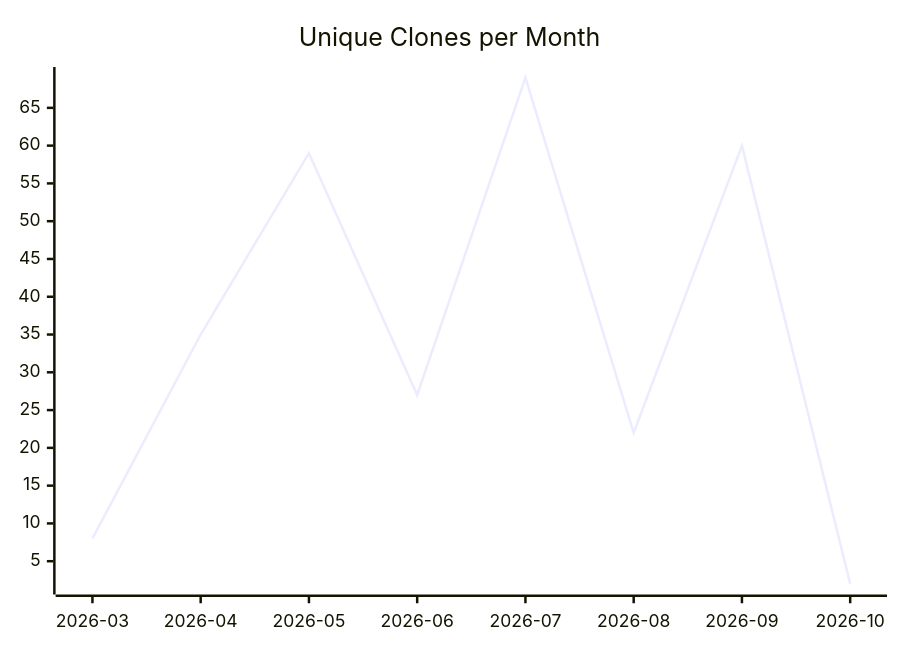
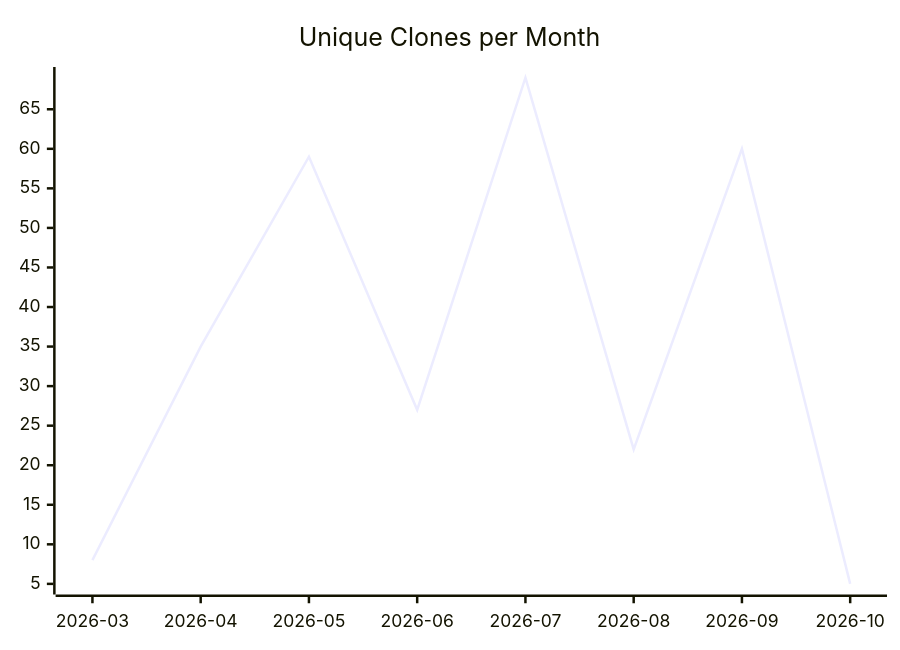
The third of 3 diagrams in karlmdavis/fhir-benchmarks/README.md (justdavis-family/github-analytics-data), drawn with Mermaid before and after one commit. The commit also changed other lines of this file and 203 other files, not shown here.

````diff
--- a/karlmdavis/fhir-benchmarks/README.md
+++ b/karlmdavis/fhir-benchmarks/README.md
@@ -19,6 +19,6 @@
 ```mermaid
 xychart-beta
   title "Unique Clones per Month"
   x-axis ["2026-03", "2026-04", "2026-05", "2026-06", "2026-07", "2026-08", "2026-09", "2026-10"]
-  line [8, 35, 59, 27, 69, 22, 60, 2]
+  line [8, 35, 59, 27, 69, 22, 60, 5]
 ```
````
